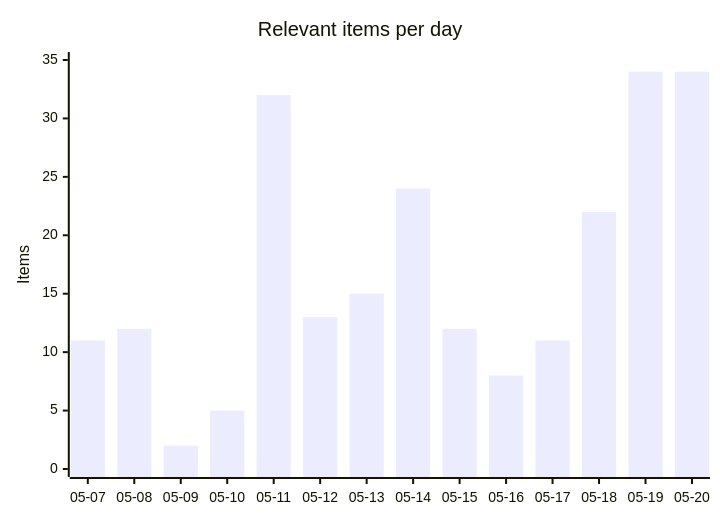
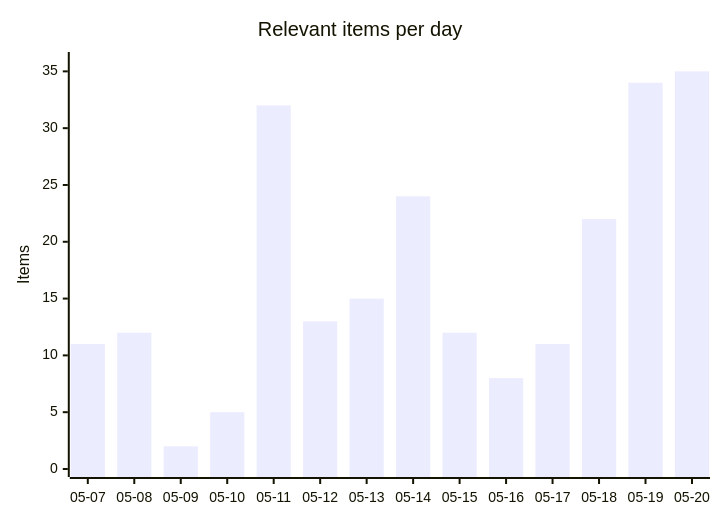
The first of 4 diagrams in README.md (martinbalfanz/social-scanner-reports), drawn with Mermaid before and after one commit. The commit also changed other lines of this file and 4 other files, not shown here.

````diff
--- a/README.md
+++ b/README.md
@@ -30,7 +30,7 @@
 ```mermaid
 xychart-beta
     title "Relevant items per day"
     x-axis ["05-07", "05-08", "05-09", "05-10", "05-11", "05-12", "05-13", "05-14", "05-15", "05-16", "05-17", "05-18", "05-19", "05-20"]
-    y-axis "Items" 0 --> 35
-    bar [11, 12, 2, 5, 32, 13, 15, 24, 12, 8, 11, 22, 34, 34]
+    y-axis "Items" 0 --> 36
+    bar [11, 12, 2, 5, 32, 13, 15, 24, 12, 8, 11, 22, 34, 35]
 ```
````
